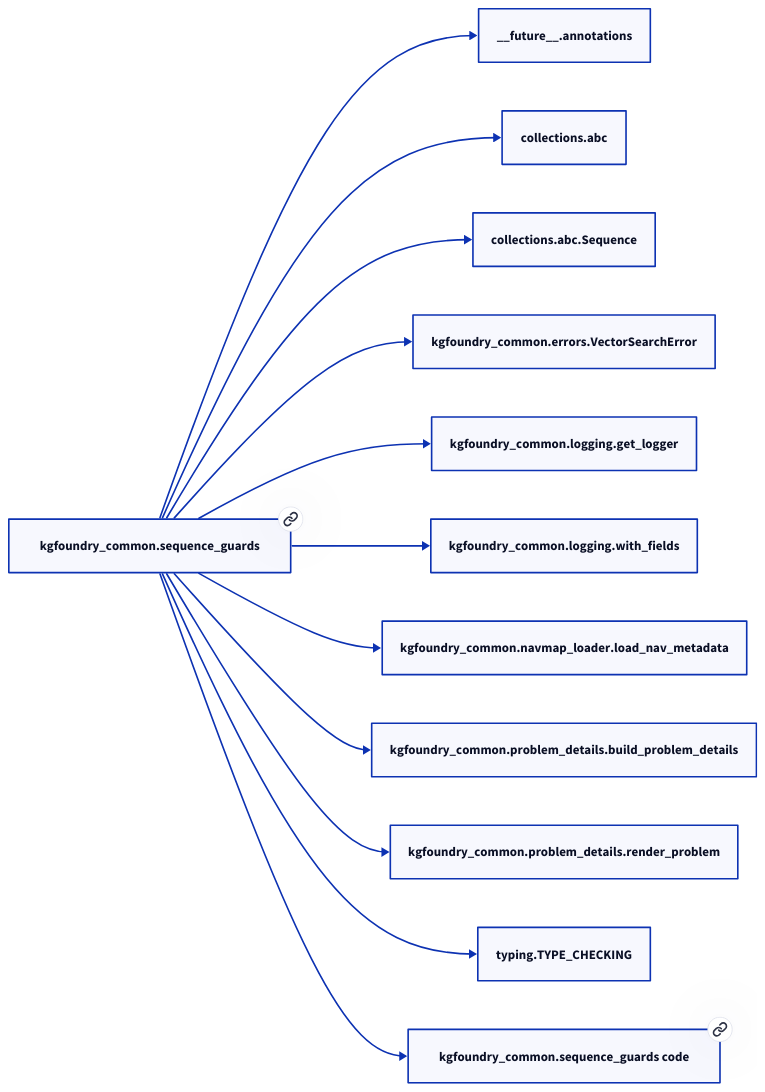
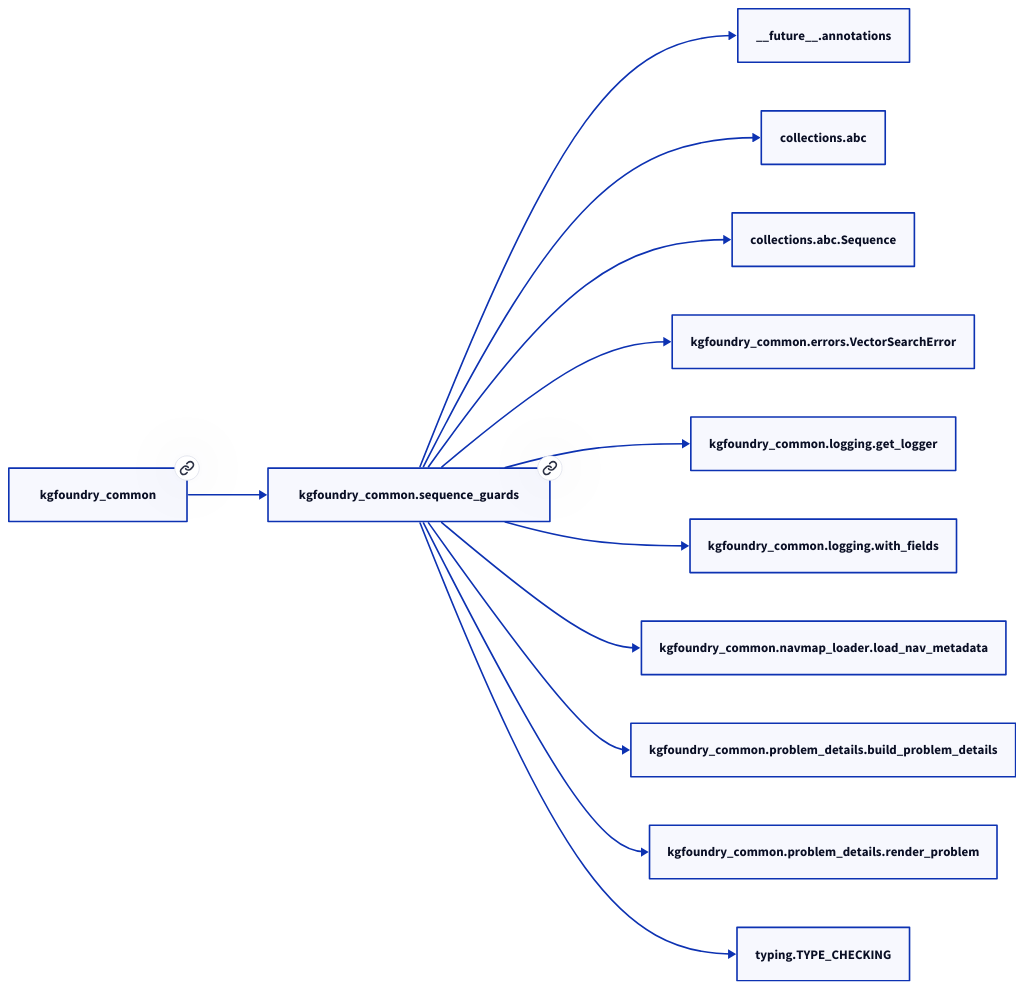
The diagram in docs/modules/kgfoundry_common/sequence_guards.md (paul-heyse/kgforge), drawn with D2 before and after one commit. The commit also changed other lines of this file and 208 other files, not shown here.

````diff
--- a/docs/modules/kgfoundry_common/sequence_guards.md
+++ b/docs/modules/kgfoundry_common/sequence_guards.md
@@ -32,26 +36,26 @@
 ```d2
 direction: right
-"kgfoundry_common.sequence_guards": "kgfoundry_common.sequence_guards" { link: "./kgfoundry_common/sequence_guards.md" }
+"kgfoundry_common.sequence_guards": "kgfoundry_common.sequence_guards" { link: "https://github.com/paul-heyse/kgfoundry/blob/main/src/kgfoundry_common/sequence_guards.py" }
 "__future__.annotations": "__future__.annotations"
 "kgfoundry_common.sequence_guards" -> "__future__.annotations"
 "collections.abc": "collections.abc"
 "kgfoundry_common.sequence_guards" -> "collections.abc"
 "collections.abc.Sequence": "collections.abc.Sequence"
 "kgfoundry_common.sequence_guards" -> "collections.abc.Sequence"
 "kgfoundry_common.errors.VectorSearchError": "kgfoundry_common.errors.VectorSearchError"
 "kgfoundry_common.sequence_guards" -> "kgfoundry_common.errors.VectorSearchError"
 "kgfoundry_common.logging.get_logger": "kgfoundry_common.logging.get_logger"
 "kgfoundry_common.sequence_guards" -> "kgfoundry_common.logging.get_logger"
 "kgfoundry_common.logging.with_fields": "kgfoundry_common.logging.with_fields"
 "kgfoundry_common.sequence_guards" -> "kgfoundry_common.logging.with_fields"
 "kgfoundry_common.navmap_loader.load_nav_metadata": "kgfoundry_common.navmap_loader.load_nav_metadata"
 "kgfoundry_common.sequence_guards" -> "kgfoundry_common.navmap_loader.load_nav_metadata"
 "kgfoundry_common.problem_details.build_problem_details": "kgfoundry_common.problem_details.build_problem_details"
 "kgfoundry_common.sequence_guards" -> "kgfoundry_common.problem_details.build_problem_details"
 "kgfoundry_common.problem_details.render_problem": "kgfoundry_common.problem_details.render_problem"
 "kgfoundry_common.sequence_guards" -> "kgfoundry_common.problem_details.render_problem"
 "typing.TYPE_CHECKING": "typing.TYPE_CHECKING"
 "kgfoundry_common.sequence_guards" -> "typing.TYPE_CHECKING"
-"kgfoundry_common.sequence_guards_code": "kgfoundry_common.sequence_guards code" { link: "https://github.com/kgfoundry/kgfoundry/blob/main/src/kgfoundry_common/sequence_guards.py" }
-"kgfoundry_common.sequence_guards" -> "kgfoundry_common.sequence_guards_code" { style: dashed }
+"kgfoundry_common": "kgfoundry_common" { link: "https://github.com/paul-heyse/kgfoundry/blob/main/src/kgfoundry_common/__init__.py" }
+"kgfoundry_common" -> "kgfoundry_common.sequence_guards" { style: dashed }
 ```
````
